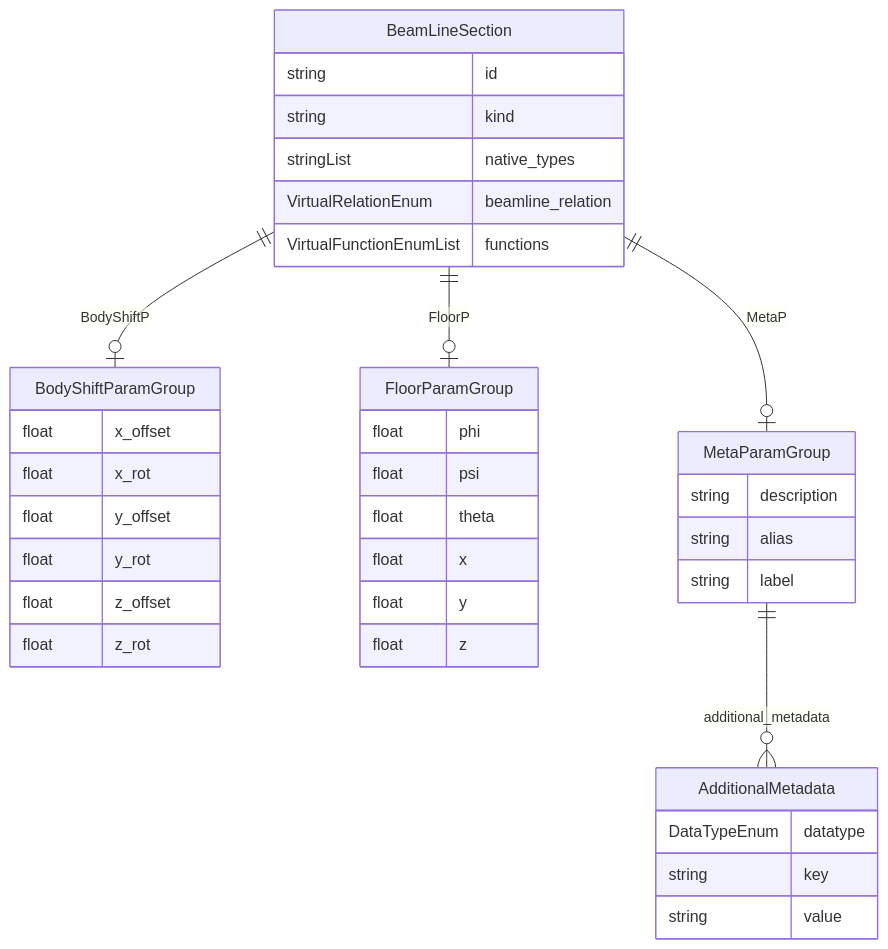
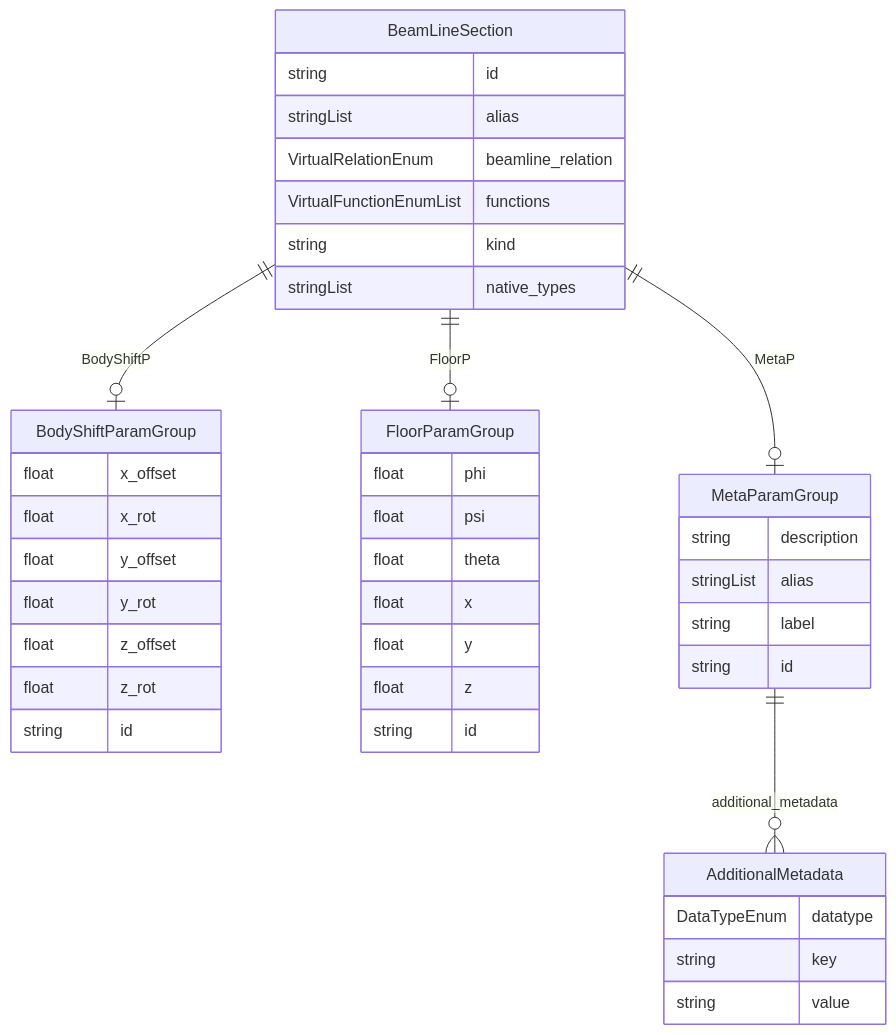
The diagram in docs/elements/classes/BeamLineSection.md (pals-project/pals-facility-config), drawn with Mermaid before and after one commit. The commit also changed other lines of this file and 499 other files, not shown here.

````diff
--- a/docs/elements/classes/BeamLineSection.md
+++ b/docs/elements/classes/BeamLineSection.md
@@ -15,42 +15,46 @@
 ```mermaid
 erDiagram
 AdditionalMetadata {
     DataTypeEnum datatype  
     string key  
     string value  
 }
 BeamLineSection {
     string id  
+    stringList alias  
+    VirtualRelationEnum beamline_relation  
+    VirtualFunctionEnumList functions  
     string kind  
     stringList native_types  
-    VirtualRelationEnum beamline_relation  
-    VirtualFunctionEnumList functions  
 }
 BodyShiftParamGroup {
     float x_offset  
     float x_rot  
     float y_offset  
     float y_rot  
     float z_offset  
     float z_rot  
+    string id  
 }
 FloorParamGroup {
     float phi  
     float psi  
     float theta  
     float x  
     float y  
     float z  
+    string id  
 }
 MetaParamGroup {
     string description  
-    string alias  
+    stringList alias  
     string label  
+    string id  
 }
 
 BeamLineSection ||--|o BodyShiftParamGroup : "BodyShiftP"
 BeamLineSection ||--|o FloorParamGroup : "FloorP"
 BeamLineSection ||--|o MetaParamGroup : "MetaP"
 MetaParamGroup ||--}o AdditionalMetadata : "additional_metadata"
 
 ```
````
